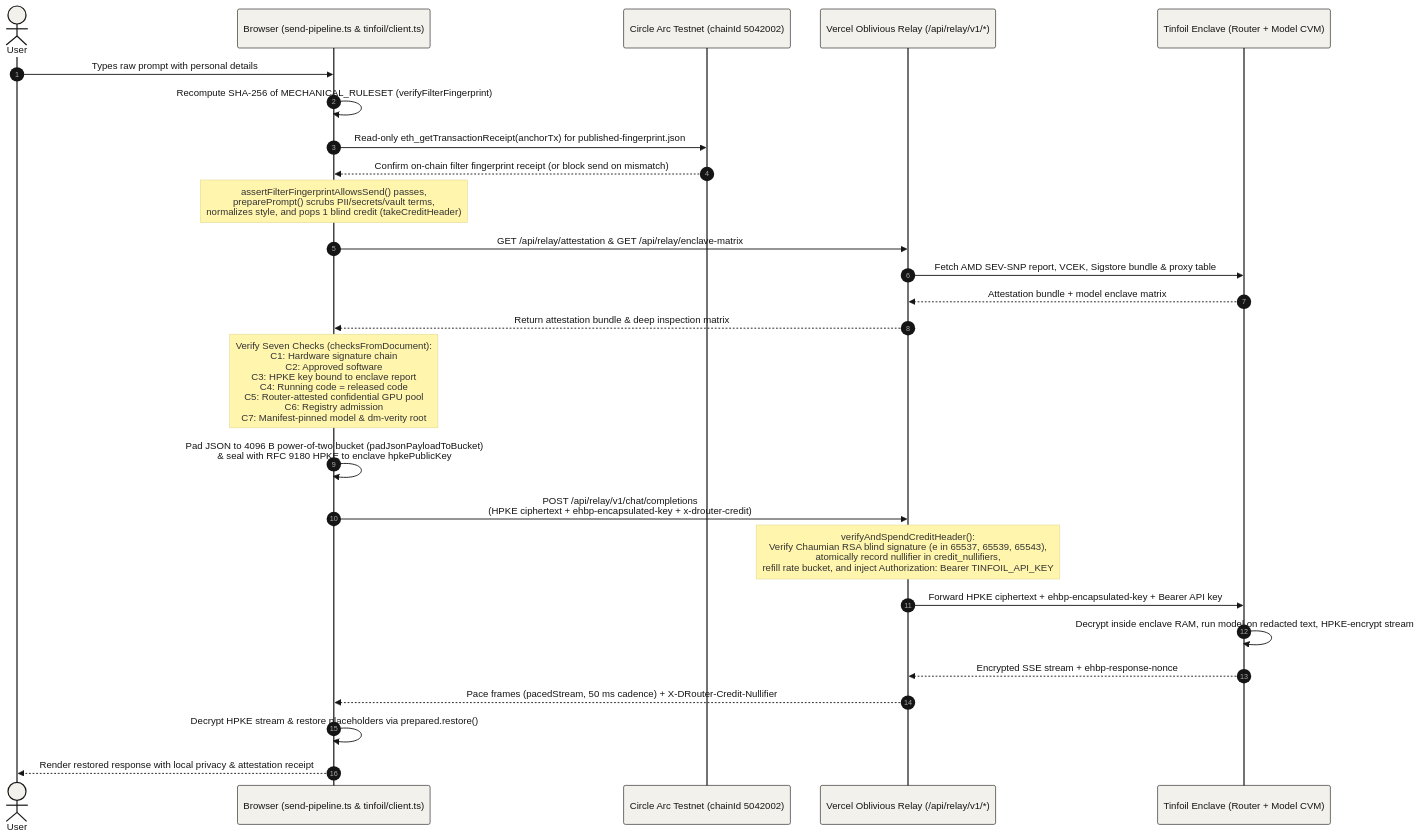
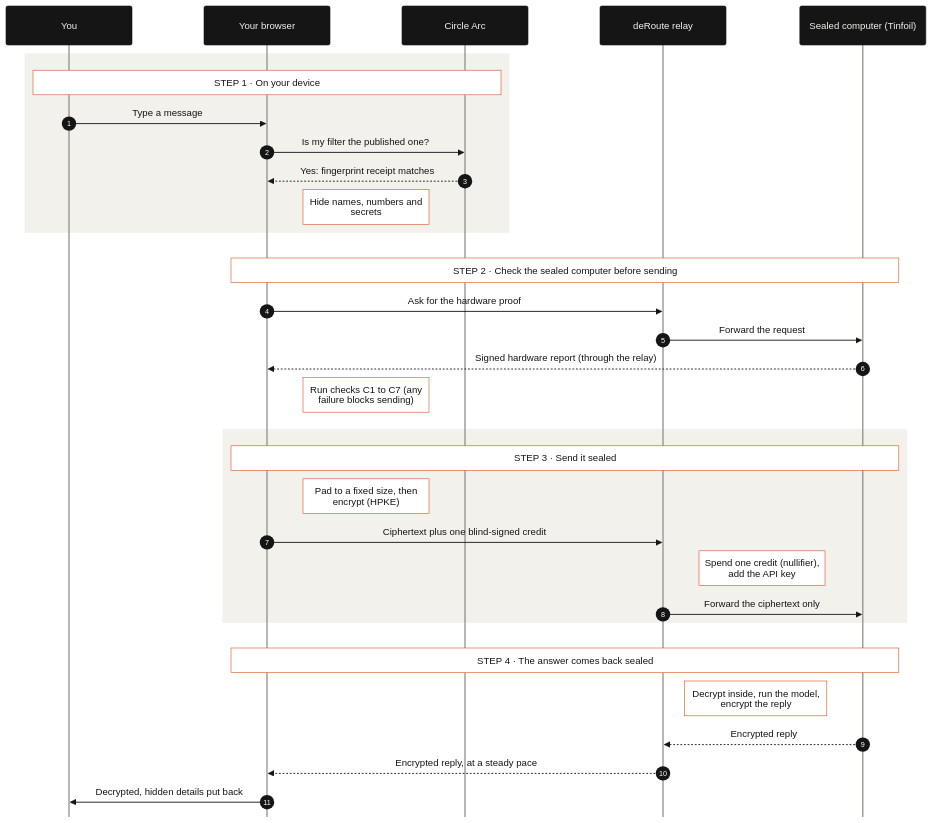
Before and after one commit to thepigdestroyer/drouter: the diagram in docs/diagrams/03-chat-lifecycle.mmd, drawn with Mermaid. The commit also changed 13 other files, not shown here.

Commit message:
Diagrams: chat, agent and payment sequences redrawn with solid ink arrows, numbered steps, four plain phases on light bands (readable in GitHub dark mode), no labels under lifelines

```diff
--- a/docs/diagrams/03-chat-lifecycle.mmd
+++ b/docs/diagrams/03-chat-lifecycle.mmd
@@ -1,34 +1,40 @@
-%%{init: {"theme":"base","themeVariables":{"primaryColor":"#f3f1ec","primaryTextColor":"#151515","primaryBorderColor":"#151515","lineColor":"#595752","secondaryColor":"#ffffff","tertiaryColor":"#f3f1ec","fontFamily":"Georgia, serif"}}}%%
+%%{init: {"theme":"base","themeVariables":{"fontFamily":"Georgia, serif","fontSize":"16px","actorBkg":"#151515","actorTextColor":"#f3f1ec","actorBorder":"#151515","actorLineColor":"#8a8780","signalColor":"#151515","signalTextColor":"#151515","noteBkgColor":"#ffffff","noteBorderColor":"#d9531e","noteTextColor":"#151515","sequenceNumberColor":"#ffffff","labelBoxBkgColor":"#151515","labelTextColor":"#f3f1ec"},"themeCSS":".messageLine0,.messageLine1{stroke-width:2.4px;} .messageText{font-weight:600;} marker path{fill:#151515;stroke:#151515;}","sequence":{"mirrorActors":false,"wrap":true,"width":210,"actorMargin":120,"messageMargin":34,"boxMargin":14,"noteMargin":12}}}%%
 sequenceDiagram
   autonumber
-  actor User as User
-  participant Browser as Browser (send-pipeline.ts & tinfoil/client.ts)
-  participant Arc as Circle Arc Testnet (chainId 5042002)
-  participant Relay as Vercel Oblivious Relay (/api/relay/v1/*)
-  participant Enclave as Tinfoil Enclave (Router + Model CVM)
+  participant U as You
+  participant B as Your browser
+  participant A as Circle Arc
+  participant R as deRoute relay
+  participant E as Sealed computer (Tinfoil)
 
-  User->>Browser: Types raw prompt with personal details
-  Browser->>Browser: Recompute SHA-256 of MECHANICAL_RULESET (verifyFilterFingerprint)
-  Browser->>Arc: Read-only eth_getTransactionReceipt(anchorTx) for published-fingerprint.json
-  Arc-->>Browser: Confirm on-chain filter fingerprint receipt (or block send on mismatch)
-  Note over Browser: assertFilterFingerprintAllowsSend() passes,<br/>preparePrompt() scrubs PII/secrets/vault terms,<br/>normalizes style, and pops 1 blind credit (takeCreditHeader)
+  rect rgb(243, 241, 236)
+    Note over U,A: STEP 1 · On your device
+    U->>B: Type a message
+    B->>A: Is my filter the published one?
+    A-->>B: Yes: fingerprint receipt matches
+    Note right of B: Hide names, numbers and secrets
+  end
 
-  Browser->>Relay: GET /api/relay/attestation & GET /api/relay/enclave-matrix
-  Relay->>Enclave: Fetch AMD SEV-SNP report, VCEK, Sigstore bundle & proxy table
-  Enclave-->>Relay: Attestation bundle + model enclave matrix
-  Relay-->>Browser: Return attestation bundle & deep inspection matrix
+  rect rgb(255, 255, 255)
+    Note over B,E: STEP 2 · Check the sealed computer before sending
+    B->>R: Ask for the hardware proof
+    R->>E: Forward the request
+    E-->>B: Signed hardware report (through the relay)
+    Note right of B: Run checks C1 to C7 (any failure blocks sending)
+  end
 
-  Note over Browser: Verify Seven Checks (checksFromDocument):<br/>C1: Hardware signature chain<br/>C2: Approved software<br/>C3: HPKE key bound to enclave report<br/>C4: Running code = released code<br/>C5: Router-attested confidential GPU pool<br/>C6: Registry admission<br/>C7: Manifest-pinned model & dm-verity root
+  rect rgb(243, 241, 236)
+    Note over B,E: STEP 3 · Send it sealed
+    Note right of B: Pad to a fixed size, then encrypt (HPKE)
+    B->>R: Ciphertext plus one blind-signed credit
+    Note right of R: Spend one credit (nullifier), add the API key
+    R->>E: Forward the ciphertext only
+  end
 
-  Browser->>Browser: Pad JSON to 4096 B power-of-two bucket (padJsonPayloadToBucket)<br/>& seal with RFC 9180 HPKE to enclave hpkePublicKey
-
-  Browser->>Relay: POST /api/relay/v1/chat/completions<br/>(HPKE ciphertext + ehbp-encapsulated-key + x-drouter-credit)
-  Note over Relay: verifyAndSpendCreditHeader():<br/>Verify Chaumian RSA blind signature (e in 65537, 65539, 65543),<br/>atomically record nullifier in credit_nullifiers,<br/>refill rate bucket, and inject Authorization: Bearer TINFOIL_API_KEY
-
-  Relay->>Enclave: Forward HPKE ciphertext + ehbp-encapsulated-key + Bearer API key
-  Enclave->>Enclave: Decrypt inside enclave RAM, run model on redacted text, HPKE-encrypt stream
-  Enclave-->>Relay: Encrypted SSE stream + ehbp-response-nonce
-  Relay-->>Browser: Pace frames (pacedStream, 50 ms cadence) + X-DRouter-Credit-Nullifier
-
-  Browser->>Browser: Decrypt HPKE stream & restore placeholders via prepared.restore()
-  Browser-->>User: Render restored response with local privacy & attestation receipt
+  rect rgb(255, 255, 255)
+    Note over B,E: STEP 4 · The answer comes back sealed
+    Note left of E: Decrypt inside, run the model, encrypt the reply
+    E-->>R: Encrypted reply
+    R-->>B: Encrypted reply, at a steady pace
+    B->>U: Decrypted, hidden details put back
+  end
```
